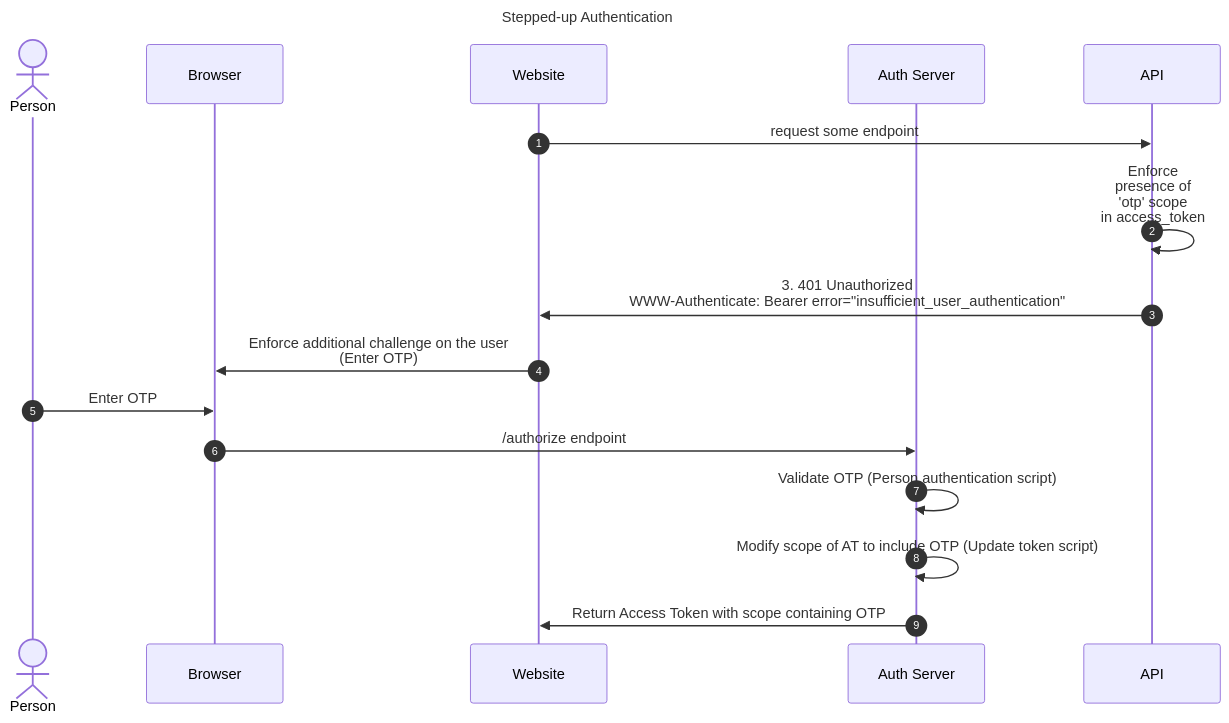
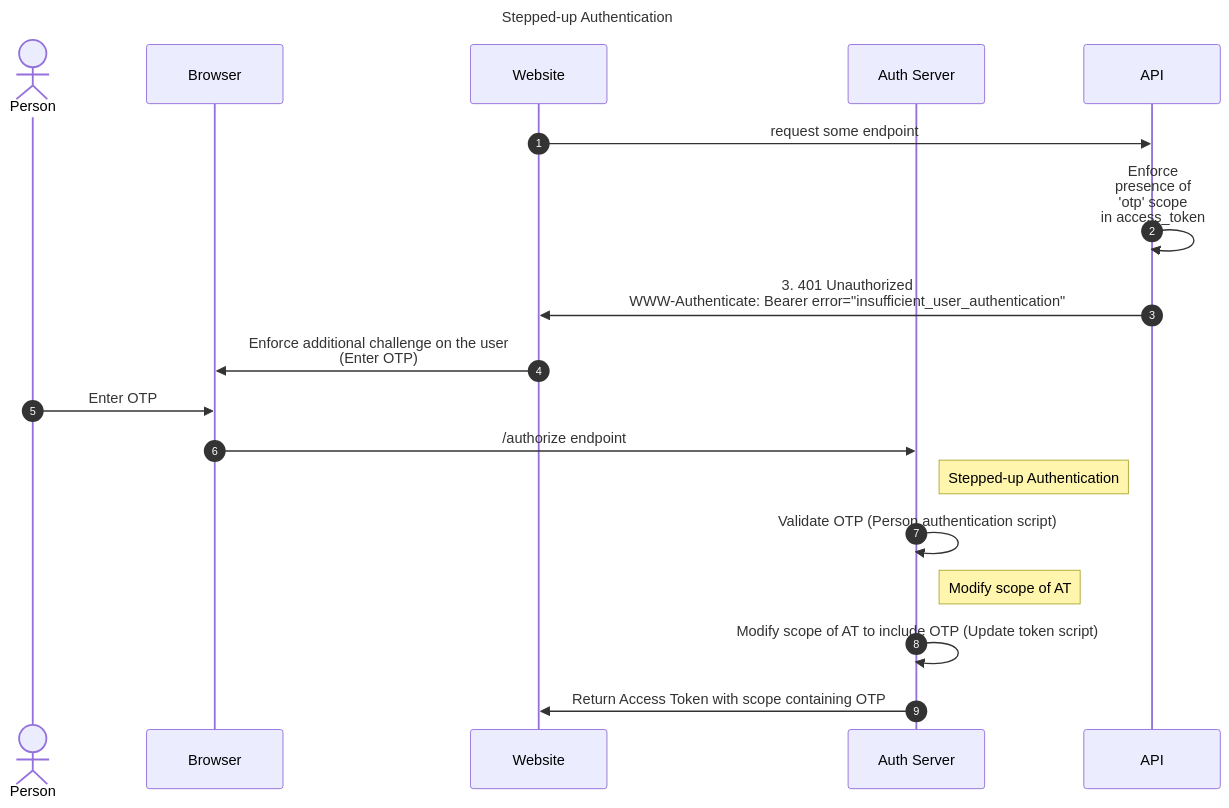
The first of 2 diagrams in docs/admin/recipes/stepped-up-authn.md (JanssenProject/jans), drawn with Mermaid before and after one commit. The commit also changed other lines of this file, not shown here.

````diff
--- a/docs/admin/recipes/stepped-up-authn.md
+++ b/docs/admin/recipes/stepped-up-authn.md
@@ -13,25 +19,27 @@
 ```mermaid
 
 sequenceDiagram
 
 title Stepped-up Authentication
 
 actor Person
 participant Browser
 participant Website
 participant Auth Server
 participant API
 
 autonumber
 
 Website->>API: request some endpoint
 API->>API:  Enforce<br> presence of <br> 'otp' scope<br> in  access_token
 API->>Website: 3. 401 Unauthorized<br>WWW-Authenticate: Bearer error="insufficient_user_authentication" 
 Website->>Browser: Enforce additional challenge on the user<br> (Enter OTP) 
 Person->>Browser:Enter OTP
 Browser->>Auth Server: /authorize endpoint
+Note right of Auth Server: Stepped-up Authentication
 Auth Server->>Auth Server:Validate OTP (Person authentication script)
+Note right of Auth Server: Modify scope of AT
 Auth Server->>Auth Server: Modify scope of AT to include OTP (Update token script)
 Auth Server->> Website: Return Access Token with scope containing OTP
 
 ```
````
